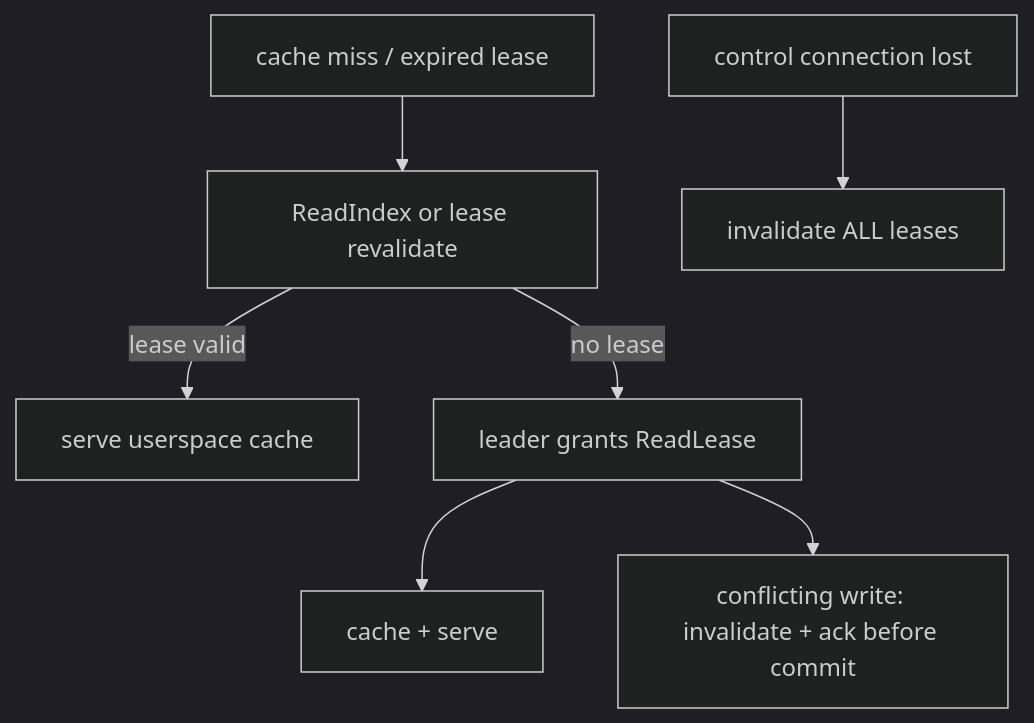
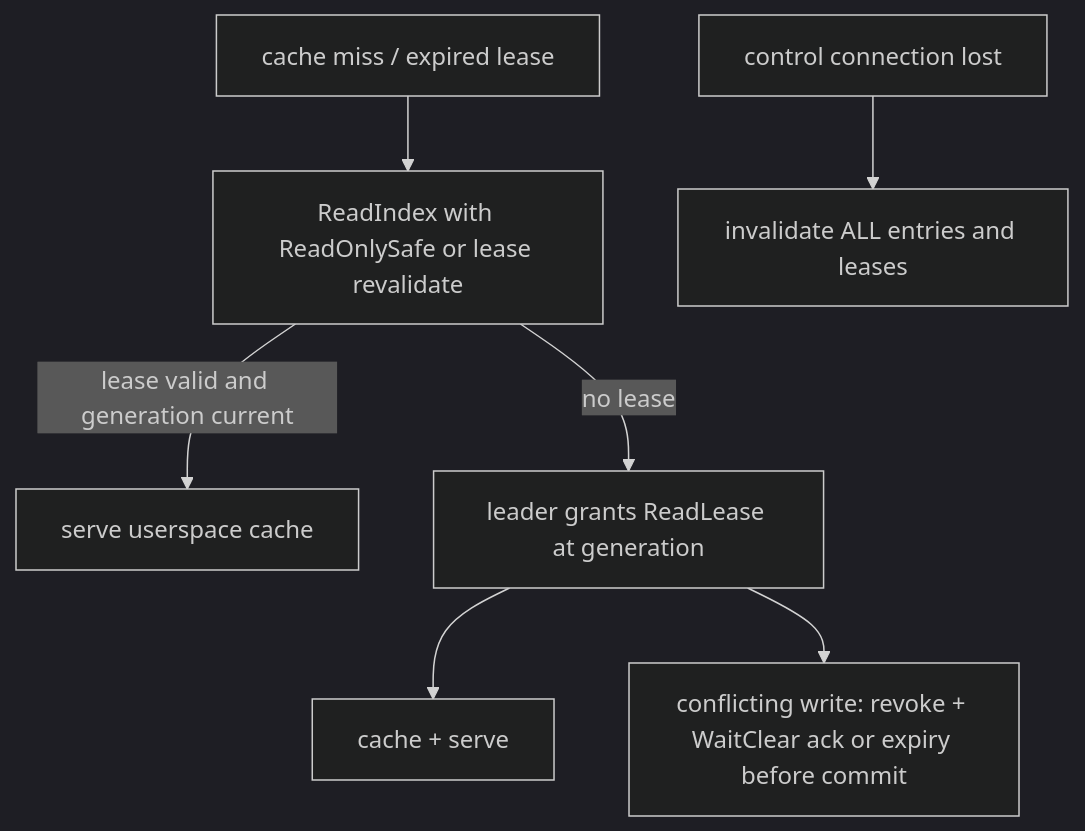
Before and after one commit to mohamedhabas11/syncfs: the diagram in docs/architecture/read-and-lease.md, drawn with Mermaid (dark theme). The commit also changed other lines of this file and 27 other files, not shown here.

````diff
--- a/docs/architecture/read-and-lease.md
+++ b/docs/architecture/read-and-lease.md
@@ -6,9 +8,9 @@
 ```mermaid
 flowchart TD
-    Fresh[cache miss / expired lease] --> RI[ReadIndex or lease revalidate]
-    RI -->|lease valid| Hit[serve userspace cache]
-    RI -->|no lease| Leader[leader grants ReadLease]
+    Fresh[cache miss / expired lease] --> RI[ReadIndex with ReadOnlySafe or lease revalidate]
+    RI -->|lease valid and generation current| Hit[serve userspace cache]
+    RI -->|no lease| Leader[leader grants ReadLease at generation]
     Leader --> Cached[cache + serve]
-    Leader --> Inv[conflicting write: invalidate + ack before commit]
-    Drop[control connection lost] --> DropAll[invalidate ALL leases]
+    Leader --> Inv[conflicting write: revoke + WaitClear ack or expiry before commit]
+    Drop[control connection lost] --> DropAll[invalidate ALL entries and leases]
 ```
````
